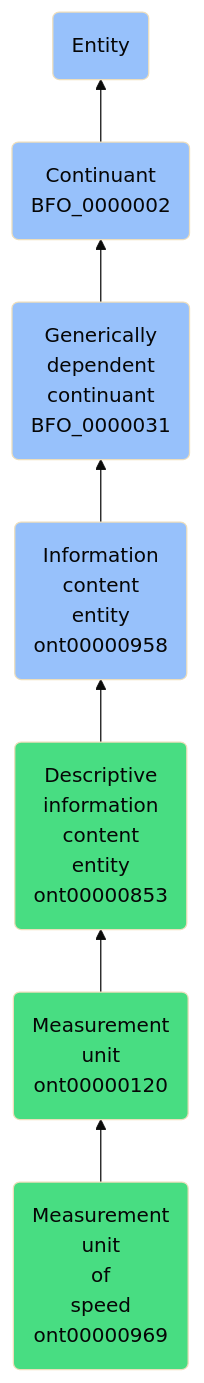
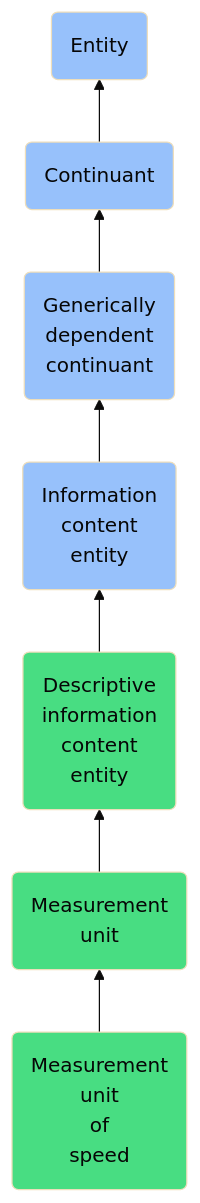
The diagram in docs/ontology/reference/model/Entity/Continuant/Generically dependent continuant/Information content entity/Descriptive information content entity/Measurement unit/Measurement unit of speed/Measurement unit of speed.md (jupyter-naas/abi), drawn with Mermaid (base theme) before and after one commit. The commit also changed other lines of this file and 1430 other files, not shown here.

````diff
--- a/docs/ontology/reference/model/Entity/Continuant/Generically dependent continuant/Information content entity/Descriptive information content entity/Measurement unit/Measurement unit of speed/Measurement unit of speed.md
+++ b/docs/ontology/reference/model/Entity/Continuant/Generically dependent continuant/Information content entity/Descriptive information content entity/Measurement unit/Measurement unit of speed/Measurement unit of speed.md
@@ -24,14 +24,14 @@
 ```mermaid
 graph BT
-    ont00000969(Measurement<br>unit<br>of<br>speed<br>ont00000969):::ABI-->ont00000120
-    ont00000120(Measurement<br>unit<br>ont00000120):::ABI-->ont00000853
-    ont00000853(Descriptive<br>information<br>content<br>entity<br>ont00000853):::ABI-->ont00000958
-    ont00000958(Information<br>content<br>entity<br>ont00000958):::BFO-->BFO_0000031
-    BFO_0000031(Generically<br>dependent<br>continuant<br>BFO_0000031):::BFO-->BFO_0000002
-    BFO_0000002(Continuant<br>BFO_0000002):::BFO-->BFO_0000001
+    ont00000969(Measurement<br>unit<br>of<br>speed):::ABI-->ont00000120
+    ont00000120(Measurement<br>unit):::ABI-->ont00000853
+    ont00000853(Descriptive<br>information<br>content<br>entity):::ABI-->ont00000958
+    ont00000958(Information<br>content<br>entity):::BFO-->BFO_0000031
+    BFO_0000031(Generically<br>dependent<br>continuant):::BFO-->BFO_0000002
+    BFO_0000002(Continuant):::BFO-->BFO_0000001
     BFO_0000001(Entity):::BFO
     
     classDef BFO fill:#97c1fb,color:#060606
     classDef CCO fill:#e4c51e,color:#060606
     classDef ABI fill:#48DD82,color:#060606
 ```
````
